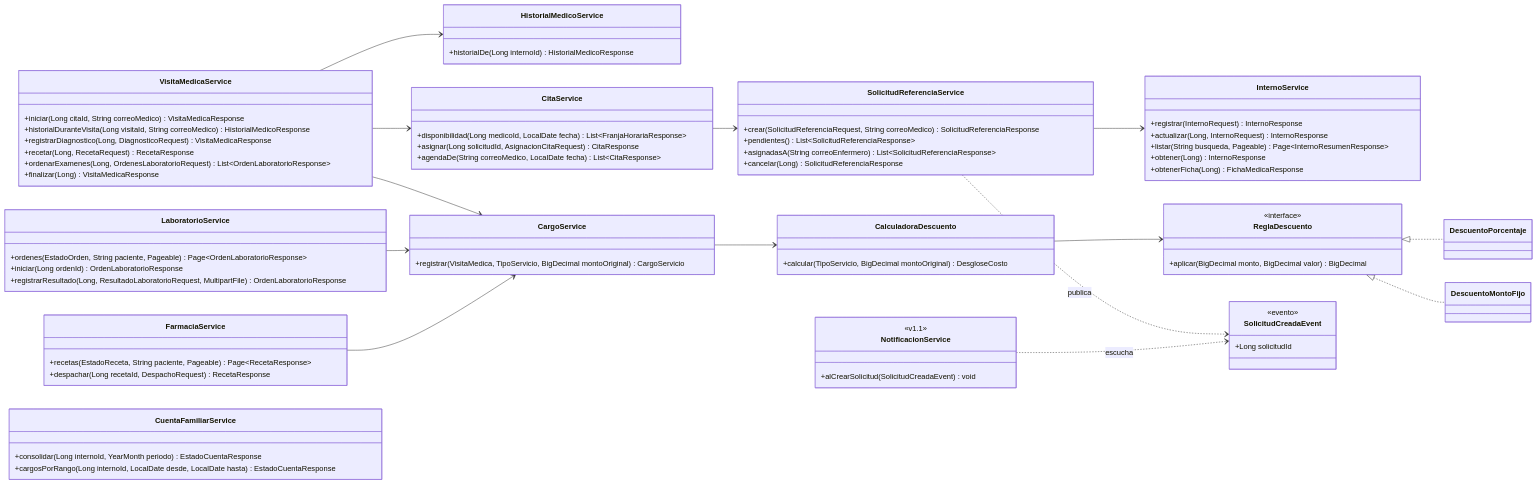
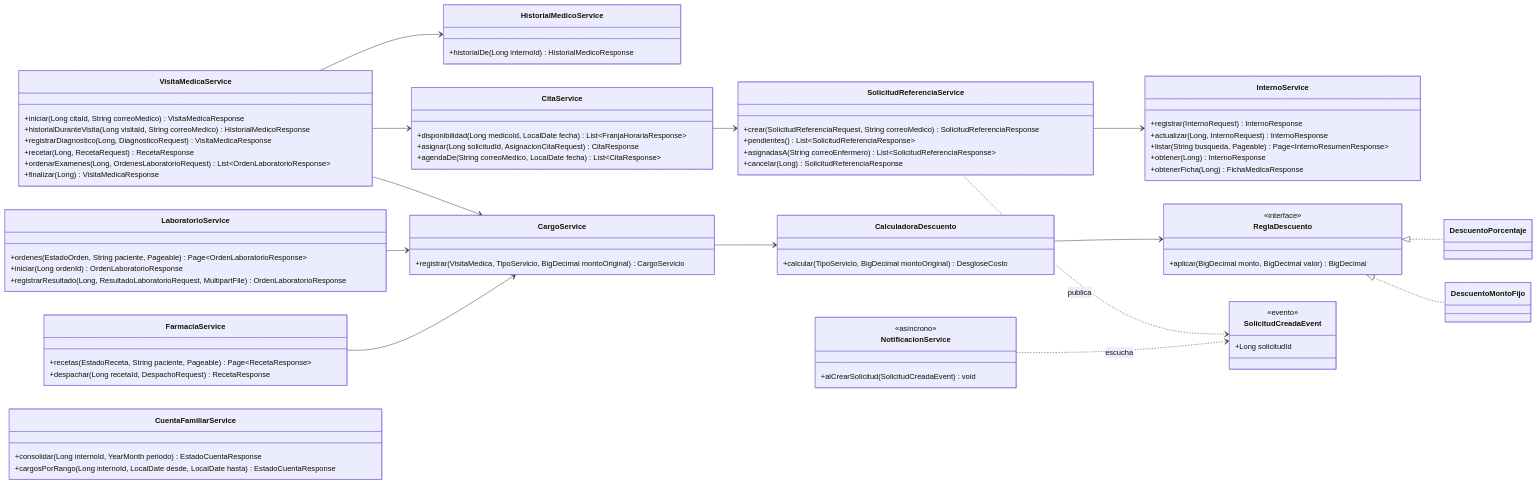
Diagram 12 of 18 in docs/fase-diseno.md (Hoakin26/Sistema-Gestion-Asilo), drawn with Mermaid before and after one commit. The commit also changed other lines of this file and 2 other files, not shown here.

````diff
--- a/docs/fase-diseno.md
+++ b/docs/fase-diseno.md
@@ -1168,79 +1172,79 @@
 ```mermaid
 classDiagram
     direction LR
     class InternoService {
         +registrar(InternoRequest) InternoResponse
         +actualizar(Long, InternoRequest) InternoResponse
         +listar(String busqueda, Pageable) Page~InternoResumenResponse~
         +obtener(Long) InternoResponse
         +obtenerFicha(Long) FichaMedicaResponse
     }
     class HistorialMedicoService {
         +historialDe(Long internoId) HistorialMedicoResponse
     }
     class SolicitudReferenciaService {
         +crear(SolicitudReferenciaRequest, String correoMedico) SolicitudReferenciaResponse
         +pendientes() List~SolicitudReferenciaResponse~
         +asignadasA(String correoEnfermero) List~SolicitudReferenciaResponse~
         +cancelar(Long) SolicitudReferenciaResponse
     }
     class CitaService {
         +disponibilidad(Long medicoId, LocalDate fecha) List~FranjaHorariaResponse~
         +asignar(Long solicitudId, AsignacionCitaRequest) CitaResponse
         +agendaDe(String correoMedico, LocalDate fecha) List~CitaResponse~
     }
     class VisitaMedicaService {
         +iniciar(Long citaId, String correoMedico) VisitaMedicaResponse
         +historialDuranteVisita(Long visitaId, String correoMedico) HistorialMedicoResponse
         +registrarDiagnostico(Long, DiagnosticoRequest) VisitaMedicaResponse
         +recetar(Long, RecetaRequest) RecetaResponse
         +ordenarExamenes(Long, OrdenesLaboratorioRequest) List~OrdenLaboratorioResponse~
         +finalizar(Long) VisitaMedicaResponse
     }
     class LaboratorioService {
         +ordenes(EstadoOrden, String paciente, Pageable) Page~OrdenLaboratorioResponse~
         +iniciar(Long ordenId) OrdenLaboratorioResponse
         +registrarResultado(Long, ResultadoLaboratorioRequest, MultipartFile) OrdenLaboratorioResponse
     }
     class FarmaciaService {
         +recetas(EstadoReceta, String paciente, Pageable) Page~RecetaResponse~
         +despachar(Long recetaId, DespachoRequest) RecetaResponse
     }
     class CargoService {
         +registrar(VisitaMedica, TipoServicio, BigDecimal montoOriginal) CargoServicio
     }
     class CalculadoraDescuento {
         +calcular(TipoServicio, BigDecimal montoOriginal) DesgloseCosto
     }
     class ReglaDescuento {
         <<interface>>
         +aplicar(BigDecimal monto, BigDecimal valor) BigDecimal
     }
     class DescuentoPorcentaje
     class DescuentoMontoFijo
     class CuentaFamiliarService {
         +consolidar(Long internoId, YearMonth periodo) EstadoCuentaResponse
         +cargosPorRango(Long internoId, LocalDate desde, LocalDate hasta) EstadoCuentaResponse
     }
     class SolicitudCreadaEvent {
         <<evento>>
         +Long solicitudId
     }
     class NotificacionService {
-        <<v1.1>>
+        <<asíncrono>>
         +alCrearSolicitud(SolicitudCreadaEvent) void
     }
     SolicitudReferenciaService --> InternoService
     CitaService --> SolicitudReferenciaService
     VisitaMedicaService --> CitaService
     VisitaMedicaService --> HistorialMedicoService
     VisitaMedicaService --> CargoService
     LaboratorioService --> CargoService
     FarmaciaService --> CargoService
     CargoService --> CalculadoraDescuento
     CalculadoraDescuento --> ReglaDescuento
     ReglaDescuento <|.. DescuentoPorcentaje
     ReglaDescuento <|.. DescuentoMontoFijo
     SolicitudReferenciaService ..> SolicitudCreadaEvent : publica
     NotificacionService ..> SolicitudCreadaEvent : escucha
 ```
````
